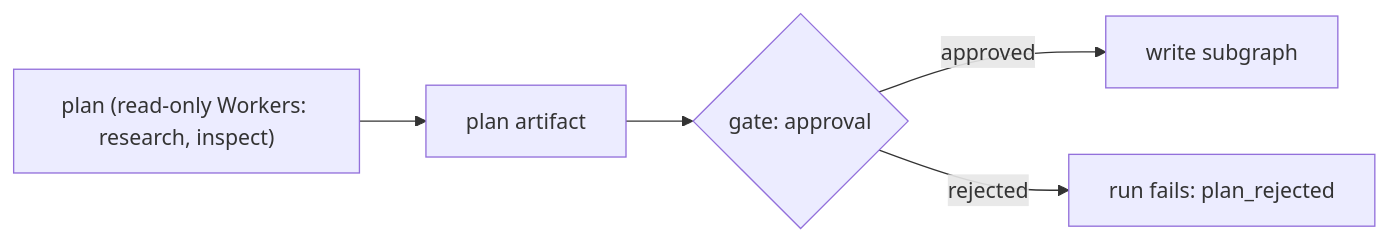
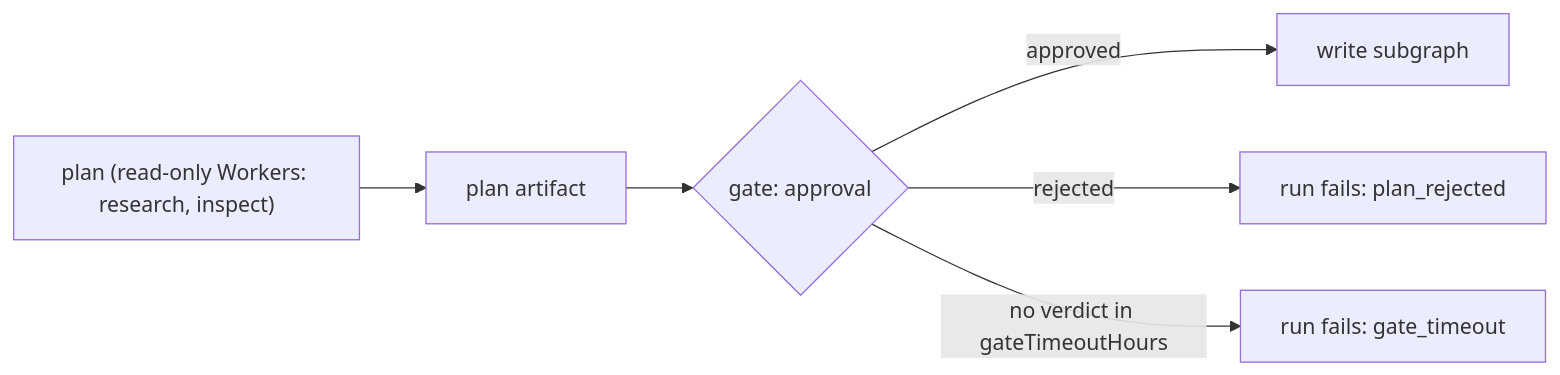
Before and after one commit to tsuuanmi/system: the third of 3 diagrams in docs/design/workflow-engine.md, drawn with Mermaid. The commit also changed other lines of this file and 10 other files, not shown here.

First line of the commit message:
workflow: a plan's gate waits gateTimeoutHours for a verdict, then closes by rule and fails the run

````diff
--- a/docs/design/workflow-engine.md
+++ b/docs/design/workflow-engine.md
@@ -189,7 +189,8 @@
 ```mermaid
 flowchart LR
   P["plan (read-only Workers: research, inspect)"] --> A[plan artifact]
   A --> G{gate: approval}
   G -->|approved| W[write subgraph]
   G -->|rejected| F[run fails: plan_rejected]
+  G -->|no verdict in gateTimeoutHours| T[run fails: gate_timeout]
 ```
````
